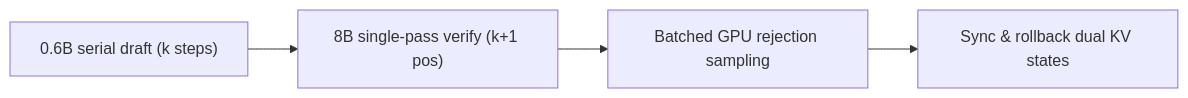
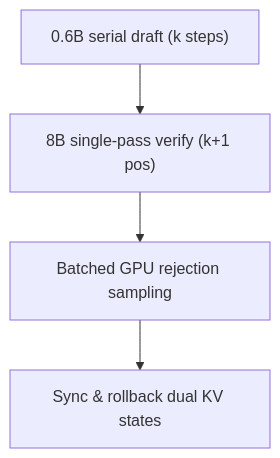
Before and after one commit to tianyuantong/nano-vllm-speculative-decoding: the diagram in README.en.md, drawn with Mermaid. The commit also changed other lines of this file and 1 other file, not shown here.

Commit message:
docs(readme): specify initial 128-prompt set, stack diagram, and scope CI badge

````diff
--- a/README.en.md
+++ b/README.en.md
@@ -50,6 +50,6 @@
 ```mermaid
-flowchart LR
+flowchart TB
     D["0.6B serial draft (k steps)"] --> V["8B single-pass verify (k+1 pos)"]
     V --> A["Batched GPU rejection sampling"]
     A --> C["Sync & rollback dual KV states"]
 ```
````
